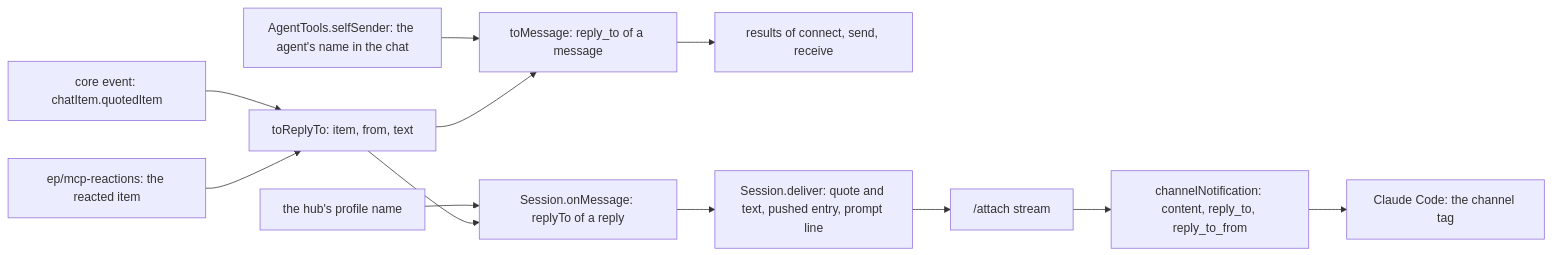
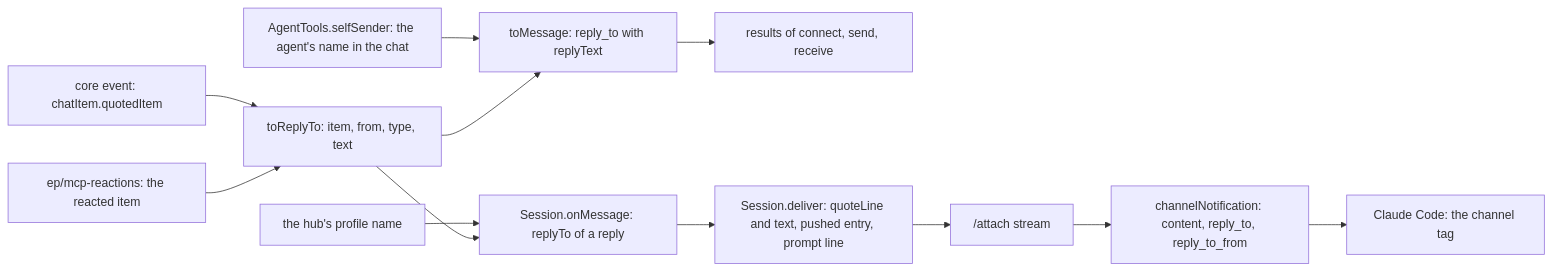
One commit to simplex-chat/simplex-chat changed the second of 2 diagrams in plans/2026-11-12-mcp-replies.md. Above: the diagram before and after it, drawn with Mermaid. The commit also changed other lines of this file, not shown here.

Commit message:
plan: mcp-replies, one quote line of 200 characters with media type

````diff
--- a/plans/2026-11-12-mcp-replies.md
+++ b/plans/2026-11-12-mcp-replies.md
@@ -260,14 +275,14 @@
 ```mermaid
 flowchart LR
-  Q[core event: chatItem.quotedItem] --> M[toReplyTo: item, from, text]
+  Q[core event: chatItem.quotedItem] --> M[toReplyTo: item, from, type, text]
   E[ep/mcp-reactions: the reacted item] --> M
   N[AgentTools.selfSender: the agent's name in the chat] --> T
   H[the hub's profile name] --> O
-  M --> T[toMessage: reply_to of a message]
+  M --> T[toMessage: reply_to with replyText]
   T --> R[results of connect, send, receive]
   M --> O[Session.onMessage: replyTo of a reply]
-  O --> L[Session.deliver: quote and text, pushed entry, prompt line]
+  O --> L[Session.deliver: quoteLine and text, pushed entry, prompt line]
   L --> A["/attach stream"]
   A --> S[channelNotification: content, reply_to, reply_to_from]
   S --> C[Claude Code: the channel tag]
 ```
````
